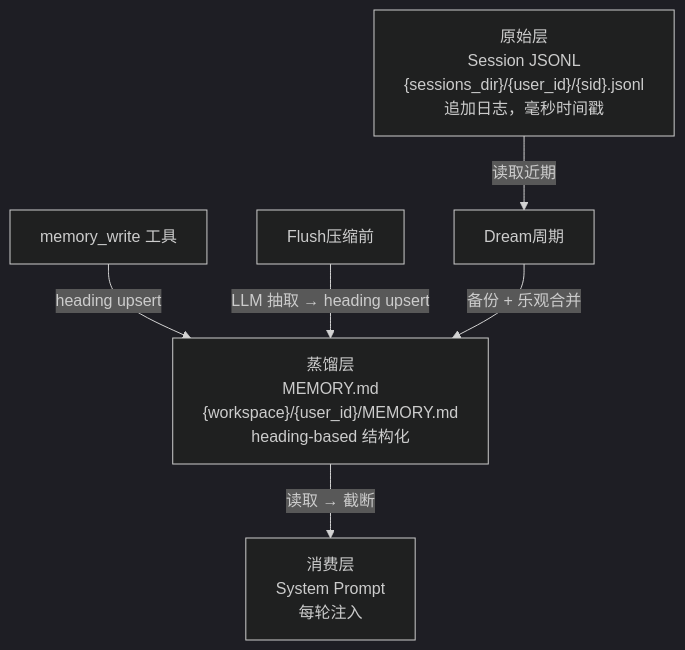
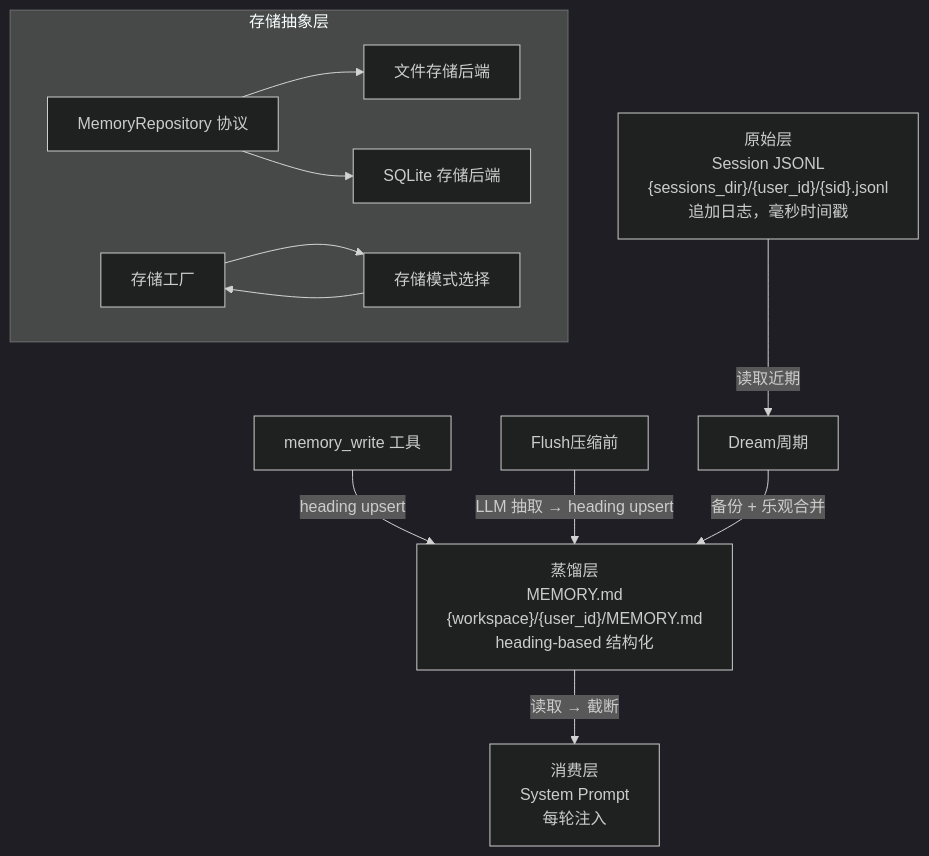
One commit to YU-JI-KUI/ark-agentic changed the second of 8 diagrams in repowiki/zh/content/核心框架/记忆系统/记忆系统.md. Above: the diagram before and after it, drawn with Mermaid (dark theme). The commit also changed other lines of this file and 116 other files, not shown here.

````diff
--- a/repowiki/zh/content/核心框架/记忆系统/记忆系统.md
+++ b/repowiki/zh/content/核心框架/记忆系统/记忆系统.md
@@ -101,11 +125,22 @@
 ```mermaid
 flowchart TD
 RAW["原始层<br/>Session JSONL<br/>{sessions_dir}/{user_id}/{sid}.jsonl<br/>追加日志，毫秒时间戳"]
 DIST["蒸馏层<br/>MEMORY.md<br/>{workspace}/{user_id}/MEMORY.md<br/>heading-based 结构化"]
 CONSUME["消费层<br/>System Prompt<br/>每轮注入"]
 WRITE["memory_write 工具"] --> |"heading upsert"| DIST
 FLUSH["Flush压缩前"] --> |"LLM 抽取 → heading upsert"| DIST
 RAW --> |"读取近期"| DREAM["Dream周期"]
 DIST --> |"读取 → 截断"| CONSUME
 DREAM --> |"备份 + 乐观合并"| DIST
+subgraph "存储抽象层"
+REPO["MemoryRepository 协议"]
+FILE_BACKEND["文件存储后端"]
+SQLITE_BACKEND["SQLite 存储后端"]
+FACTORY["存储工厂"]
+MODE["存储模式选择"]
+end
+REPO --> FILE_BACKEND
+REPO --> SQLITE_BACKEND
+FACTORY --> MODE
+MODE --> FACTORY
 ```
````
